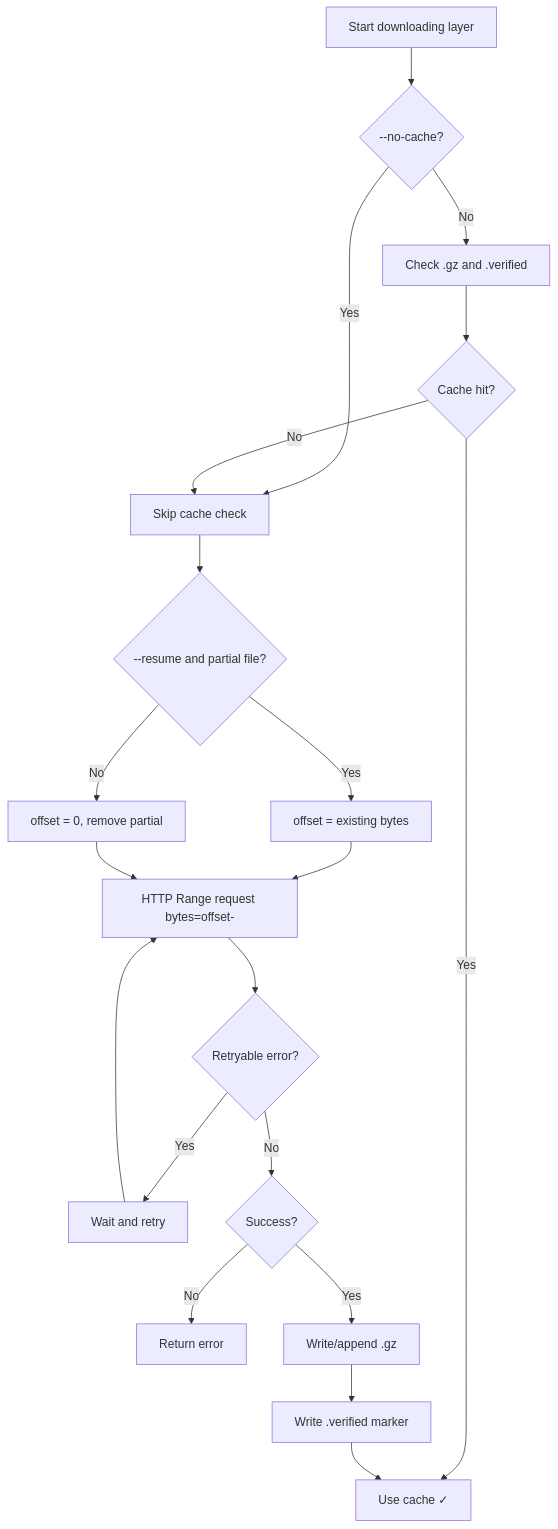
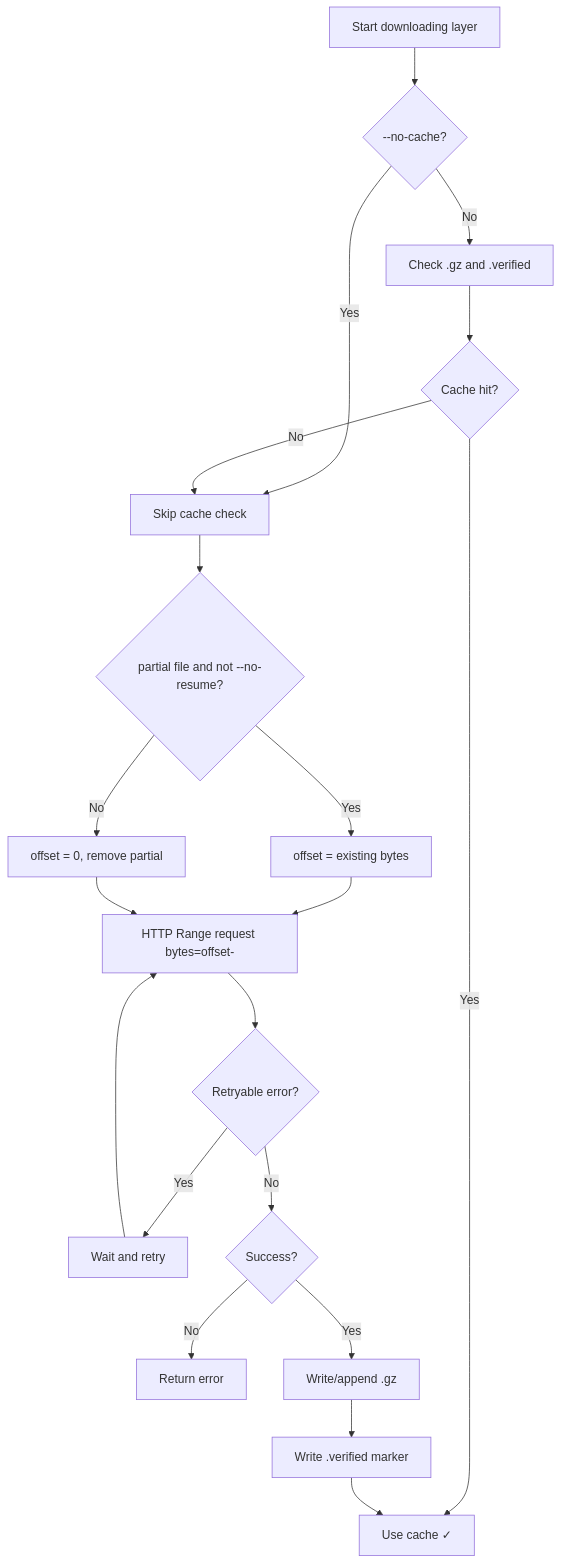
One commit to AspartameJ/imgp changed the second of 4 diagrams in README_EN.md. Above: the diagram before and after it, drawn with Mermaid. The commit also changed other lines of this file and 3 other files, not shown here.

````diff
--- a/README_EN.md
+++ b/README_EN.md
@@ -70,22 +70,22 @@
 ```mermaid
 flowchart TD
     A[Start downloading layer] --> B{--no-cache?}
     B -- Yes --> D[Skip cache check]
     B -- No --> C[Check .gz and .verified]
     C --> E{Cache hit?}
     E -- Yes --> F[Use cache ✓]
     E -- No --> D
-    D --> G{--resume and partial file?}
+    D --> G{partial file and not --no-resume?}
     G -- Yes --> H[offset = existing bytes]
     G -- No --> I[offset = 0, remove partial]
     H --> J[HTTP Range request bytes=offset-]
     I --> J
     J --> K{Retryable error?}
     K -- Yes --> L[Wait and retry]
     L --> J
     K -- No --> M{Success?}
     M -- No --> N[Return error]
     M -- Yes --> O[Write/append .gz]
     O --> P[Write .verified marker]
     P --> F
 ```
````
